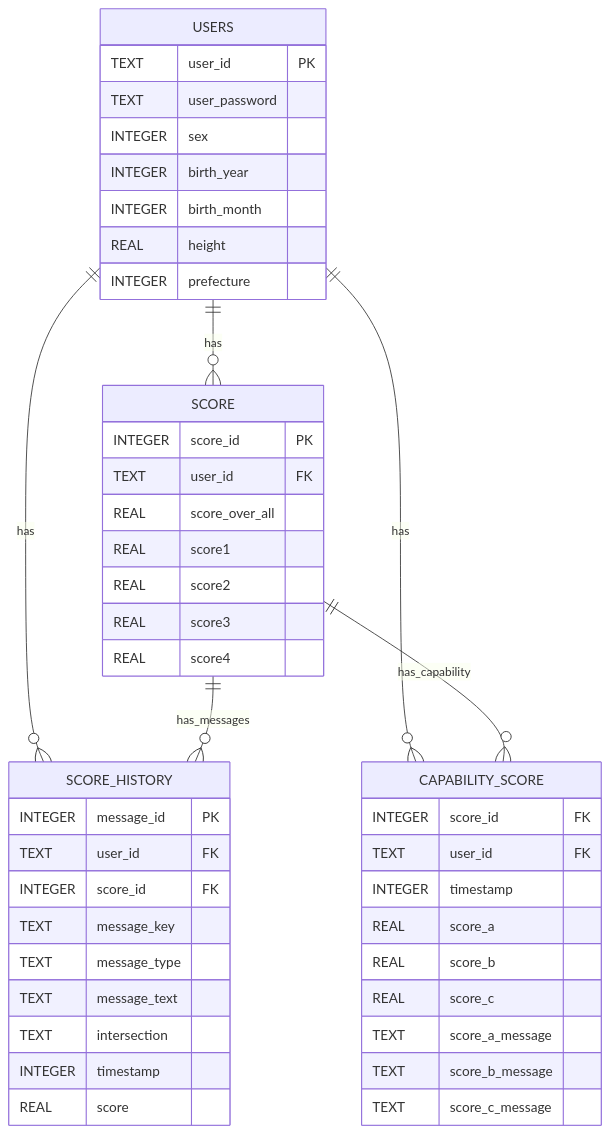
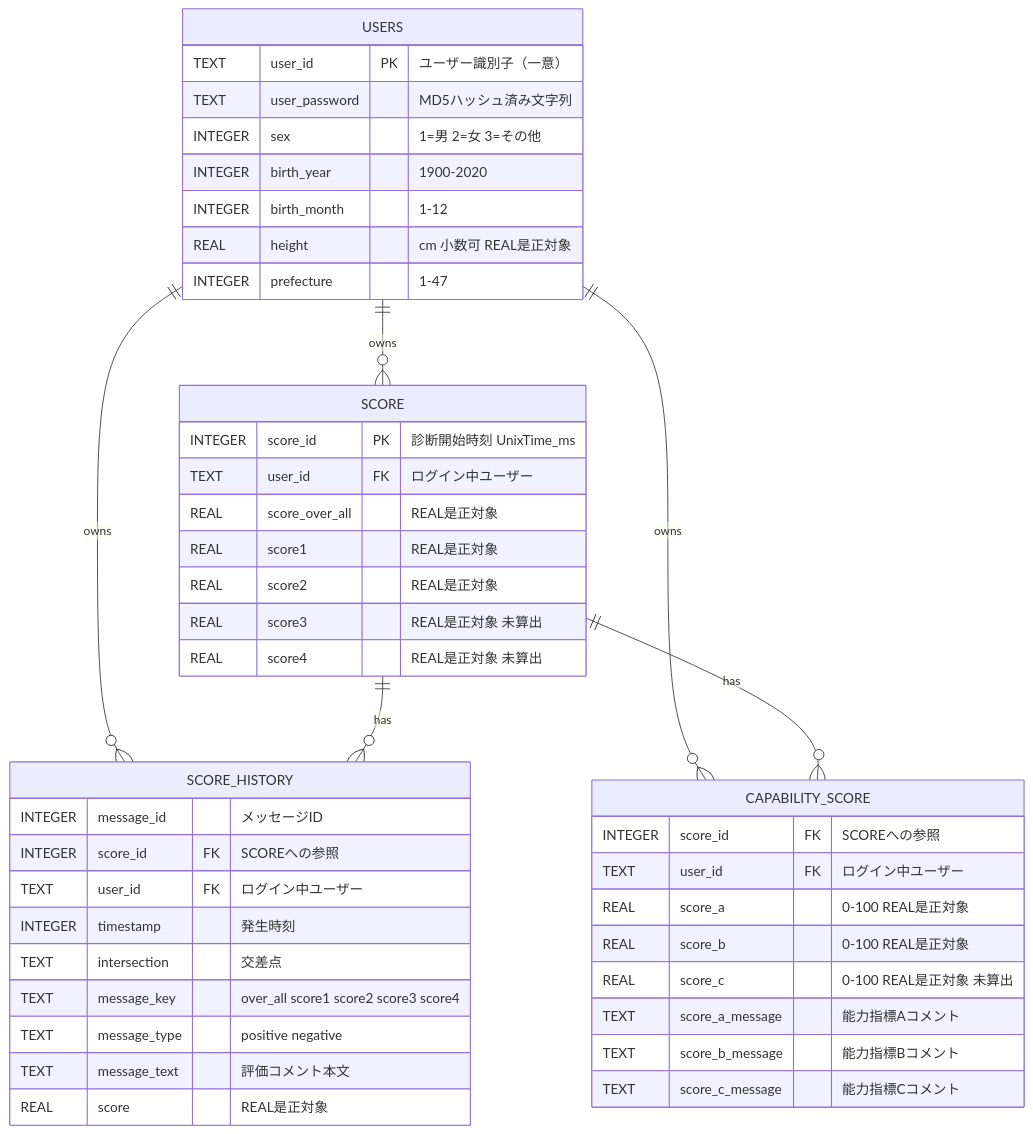
The diagram in spec/ER_DIAGRAM.md (MaysunWatanabe/driving_score), drawn with Mermaid before and after one commit. The commit also changed other lines of this file and 20 other files, not shown here.

````diff
--- a/spec/ER_DIAGRAM.md
+++ b/spec/ER_DIAGRAM.md
@@ -1,52 +3,51 @@
 ```mermaid
 erDiagram
-    USERS ||--o{ SCORE : "has"
-    USERS ||--o{ SCORE_HISTORY : "has"
-    USERS ||--o{ CAPABILITY_SCORE : "has"
-    SCORE ||--o{ SCORE_HISTORY : "has_messages"
-    SCORE ||--o{ CAPABILITY_SCORE : "has_capability"
+    USERS ||--o{ SCORE : "owns"
+    USERS ||--o{ SCORE_HISTORY : "owns"
+    USERS ||--o{ CAPABILITY_SCORE : "owns"
+    SCORE ||--o{ SCORE_HISTORY : "has"
+    SCORE ||--o{ CAPABILITY_SCORE : "has"
 
     USERS {
-        TEXT user_id PK
-        TEXT user_password
-        INTEGER sex
-        INTEGER birth_year
-        INTEGER birth_month
-        REAL height
-        INTEGER prefecture
+        TEXT user_id PK "ユーザー識別子（一意）"
+        TEXT user_password "MD5ハッシュ済み文字列"
+        INTEGER sex "1=男 2=女 3=その他"
+        INTEGER birth_year "1900-2020"
+        INTEGER birth_month "1-12"
+        REAL height "cm 小数可 REAL是正対象"
+        INTEGER prefecture "1-47"
     }
 
     SCORE {
-        INTEGER score_id PK
-        TEXT user_id FK
-        REAL score_over_all
-        REAL score1
-        REAL score2
-        REAL score3
-        REAL score4
+        INTEGER score_id PK "診断開始時刻 UnixTime_ms"
+        TEXT user_id FK "ログイン中ユーザー"
+        REAL score_over_all "REAL是正対象"
+        REAL score1 "REAL是正対象"
+        REAL score2 "REAL是正対象"
+        REAL score3 "REAL是正対象 未算出"
+        REAL score4 "REAL是正対象 未算出"
     }
 
     SCORE_HISTORY {
-        INTEGER message_id PK
-        TEXT user_id FK
-        INTEGER score_id FK
-        TEXT message_key
-        TEXT message_type
-        TEXT message_text
-        TEXT intersection
-        INTEGER timestamp
-        REAL score
+        INTEGER message_id "メッセージID"
+        INTEGER score_id FK "SCOREへの参照"
+        TEXT user_id FK "ログイン中ユーザー"
+        INTEGER timestamp "発生時刻"
+        TEXT intersection "交差点"
+        TEXT message_key "over_all score1 score2 score3 score4"
+        TEXT message_type "positive negative"
+        TEXT message_text "評価コメント本文"
+        REAL score "REAL是正対象"
     }
 
     CAPABILITY_SCORE {
-        INTEGER score_id FK
-        TEXT user_id FK
-        INTEGER timestamp
-        REAL score_a
-        REAL score_b
-        REAL score_c
-        TEXT score_a_message
-        TEXT score_b_message
-        TEXT score_c_message
+        INTEGER score_id FK "SCOREへの参照"
+        TEXT user_id FK "ログイン中ユーザー"
+        REAL score_a "0-100 REAL是正対象"
+        REAL score_b "0-100 REAL是正対象"
+        REAL score_c "0-100 REAL是正対象 未算出"
+        TEXT score_a_message "能力指標Aコメント"
+        TEXT score_b_message "能力指標Bコメント"
+        TEXT score_c_message "能力指標Cコメント"
     }
 ```
````
